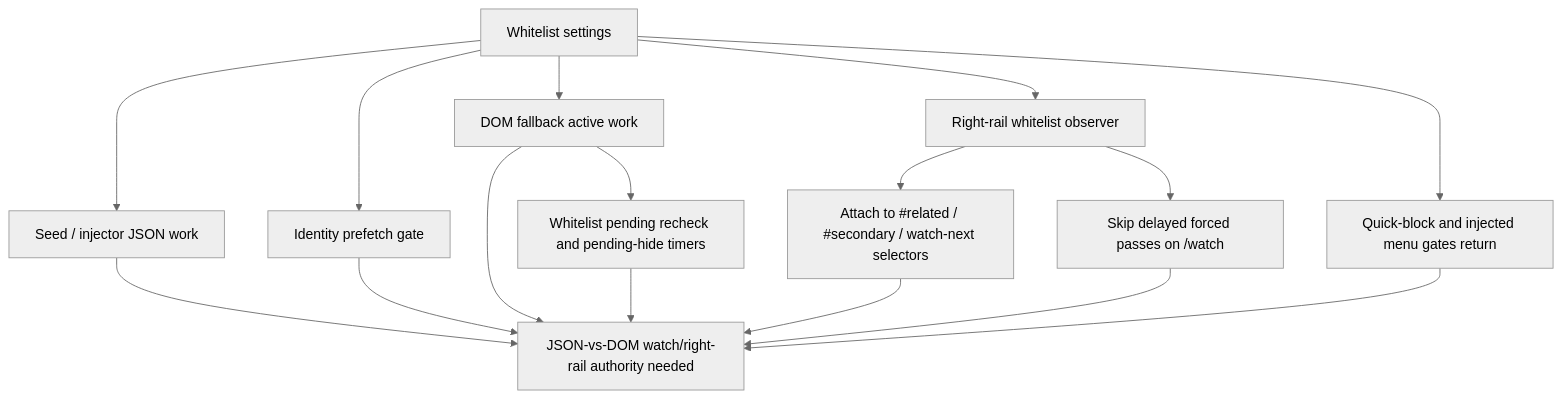
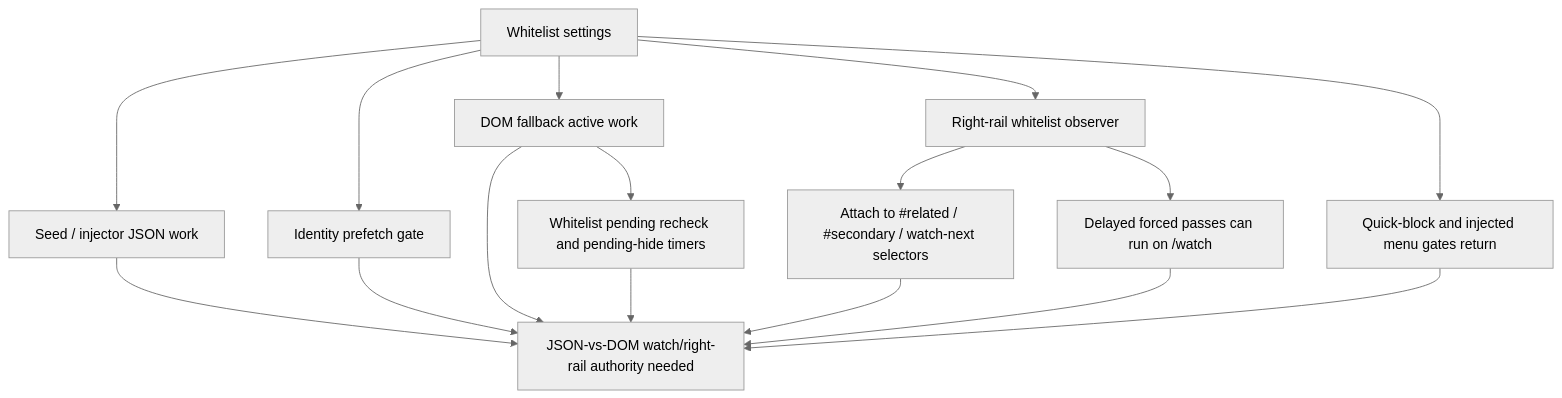
The diagram in docs/audit/FILTERTUBE_RIGHT_RAIL_WHITELIST_OBSERVER_CURRENT_BEHAVIOR_2026-05-19.md (varshneydevansh/FilterTube), drawn with Mermaid (neutral theme) before and after one commit. The commit also changed other lines of this file and 698 other files, not shown here.

````diff
--- a/docs/audit/FILTERTUBE_RIGHT_RAIL_WHITELIST_OBSERVER_CURRENT_BEHAVIOR_2026-05-19.md
+++ b/docs/audit/FILTERTUBE_RIGHT_RAIL_WHITELIST_OBSERVER_CURRENT_BEHAVIOR_2026-05-19.md
@@ -105,18 +104,18 @@
 ```mermaid
 flowchart TD
   A["Whitelist settings"] --> B["Seed / injector JSON work"]
   A --> C["Identity prefetch gate"]
   A --> D["DOM fallback active work"]
   D --> E["Whitelist pending recheck and pending-hide timers"]
   A --> F["Right-rail whitelist observer"]
   F --> G["Attach to #related / #secondary / watch-next selectors"]
-  F --> H["Skip delayed forced passes on /watch"]
+  F --> H["Delayed forced passes can run on /watch"]
   A --> I["Quick-block and injected menu gates return"]
   B --> J["JSON-vs-DOM watch/right-rail authority needed"]
   C --> J
   D --> J
   E --> J
   G --> J
   H --> J
   I --> J
 ```
````
